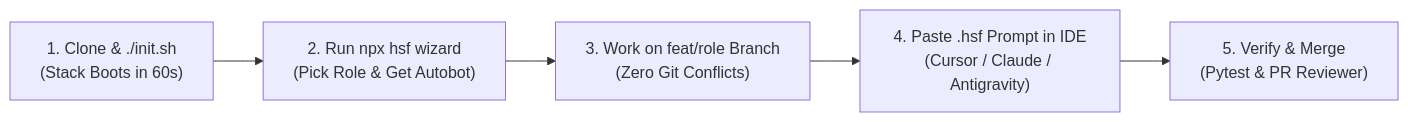
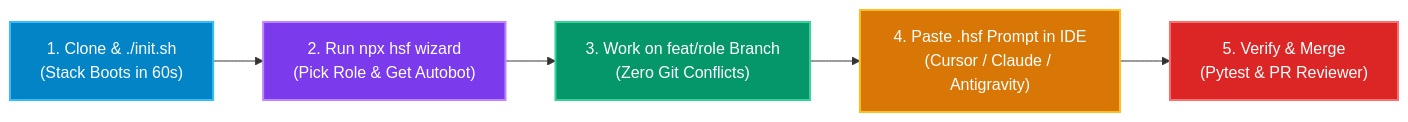
The first of 19 diagrams in README.md (Sathvik1533/hackathon-strategy-framework), drawn with Mermaid before and after one commit. The commit also changed other lines of this file and 6 other files, not shown here.

Commit message:
feat(docs): colorize and make all Mermaid architecture diagrams interactive across repo

````diff
--- a/README.md
+++ b/README.md
@@ -47,7 +47,19 @@
 ```mermaid
 flowchart LR
-    Step1["1. Clone & ./init.sh<br/>(Stack Boots in 60s)"] --> Step2["2. Run npx hsf wizard<br/>(Pick Role & Get Autobot)"]
-    Step2 --> Step3["3. Work on feat/role Branch<br/>(Zero Git Conflicts)"]
-    Step3 --> Step4["4. Paste .hsf Prompt in IDE<br/>(Cursor / Claude / Antigravity)"]
-    Step4 --> Step5["5. Verify & Merge<br/>(Pytest & PR Reviewer)"]
+    classDef step1 fill:#0284c7,stroke:#38bdf8,stroke-width:2px,color:#ffffff;
+    classDef step2 fill:#7c3aed,stroke:#c084fc,stroke-width:2px,color:#ffffff;
+    classDef step3 fill:#059669,stroke:#34d399,stroke-width:2px,color:#ffffff;
+    classDef step4 fill:#d97706,stroke:#fbbf24,stroke-width:2px,color:#ffffff;
+    classDef step5 fill:#dc2626,stroke:#f87171,stroke-width:2px,color:#ffffff;
+
+    Step1["1. Clone & ./init.sh<br/>(Stack Boots in 60s)"]:::step1 --> Step2["2. Run npx hsf wizard<br/>(Pick Role & Get Autobot)"]:::step2
+    Step2 --> Step3["3. Work on feat/role Branch<br/>(Zero Git Conflicts)"]:::step3
+    Step3 --> Step4["4. Paste .hsf Prompt in IDE<br/>(Cursor / Claude / Antigravity)"]:::step4
+    Step4 --> Step5["5. Verify & Merge<br/>(Pytest & PR Reviewer)"]:::step5
+
+    click Step1 "init.sh" "Run init.sh to boot stack"
+    click Step2 "scripts/quickstart_wizard.py" "Launch Onboarding Wizard"
+    click Step3 "docs/TEAMMATE_CHEAT_SHEET.md" "View Teammate Cheat Sheet"
+    click Step4 ".hsf/my_agent_prompt.md" "Inspect Agent Prompt"
+    click Step5 "scripts/review_pr.py" "Run Automated PR Reviewer"
 ```
````
